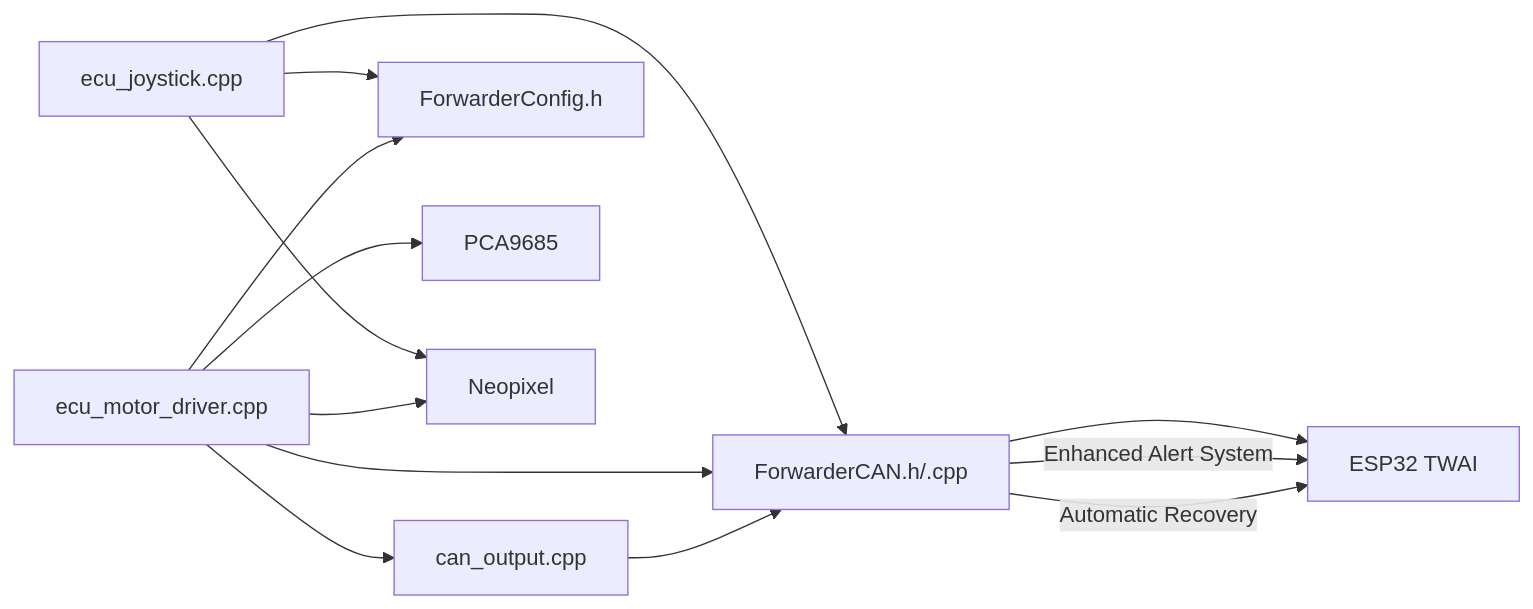
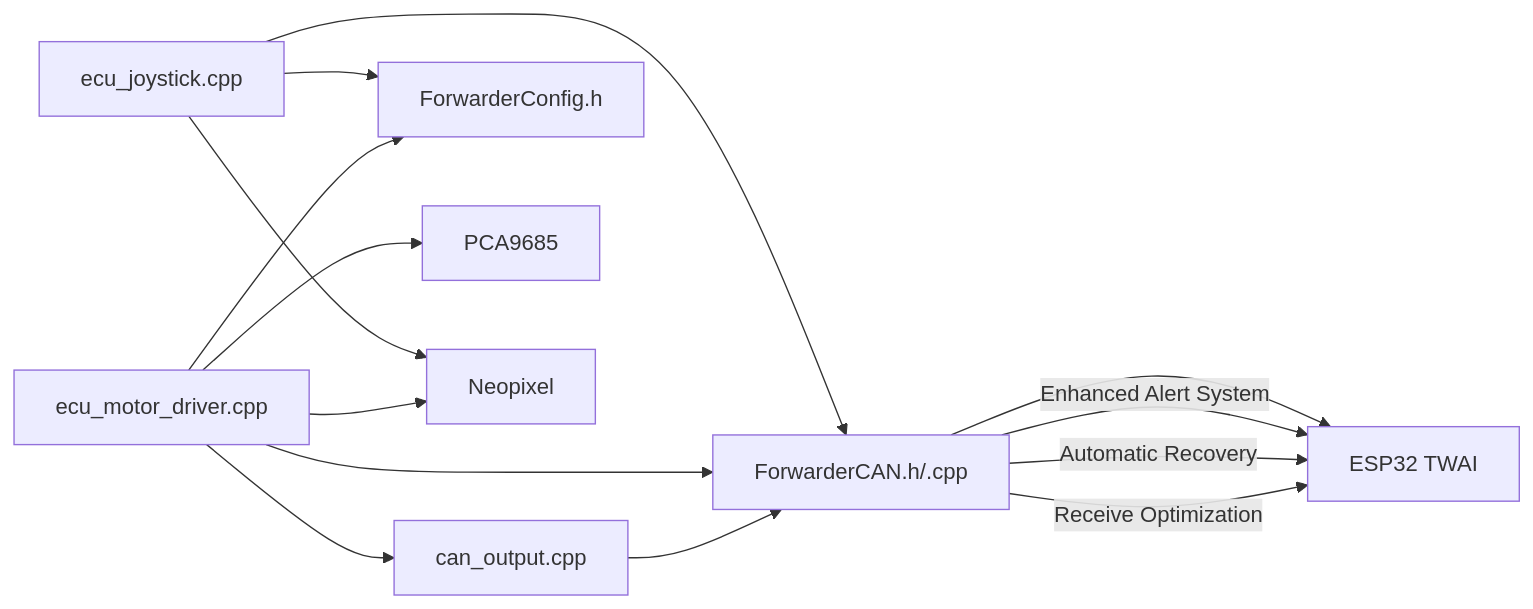
One commit to gunicsba/ESP_CAN_ECU_joystick_collection changed the sixth of 10 diagrams in .qoder/repowiki/en/content/CAN Protocol Implementation/CAN Protocol Implementation.md. Above: the diagram before and after it, drawn with Mermaid. The commit also changed other lines of this file and 15 other files, not shown here.

````diff
--- a/.qoder/repowiki/en/content/CAN Protocol Implementation/CAN Protocol Implementation.md
+++ b/.qoder/repowiki/en/content/CAN Protocol Implementation/CAN Protocol Implementation.md
@@ -391,15 +441,16 @@
 ```mermaid
 graph LR
 JS["ecu_joystick.cpp"] --> FC["ForwarderCAN.h/.cpp"]
 MD["ecu_motor_driver.cpp"] --> FC
 CO["can_output.cpp"] --> FC
 MD --> CO
 JS --> CFG["ForwarderConfig.h"]
 MD --> CFG
 FC --> ESP["ESP32 TWAI"]
 FC --> |"Enhanced Alert System"| ESP
 FC --> |"Automatic Recovery"| ESP
+FC --> |"Receive Optimization"| ESP
 MD --> PCA["PCA9685"]
 JS --> LED["Neopixel"]
 MD --> LED
 ```
````
